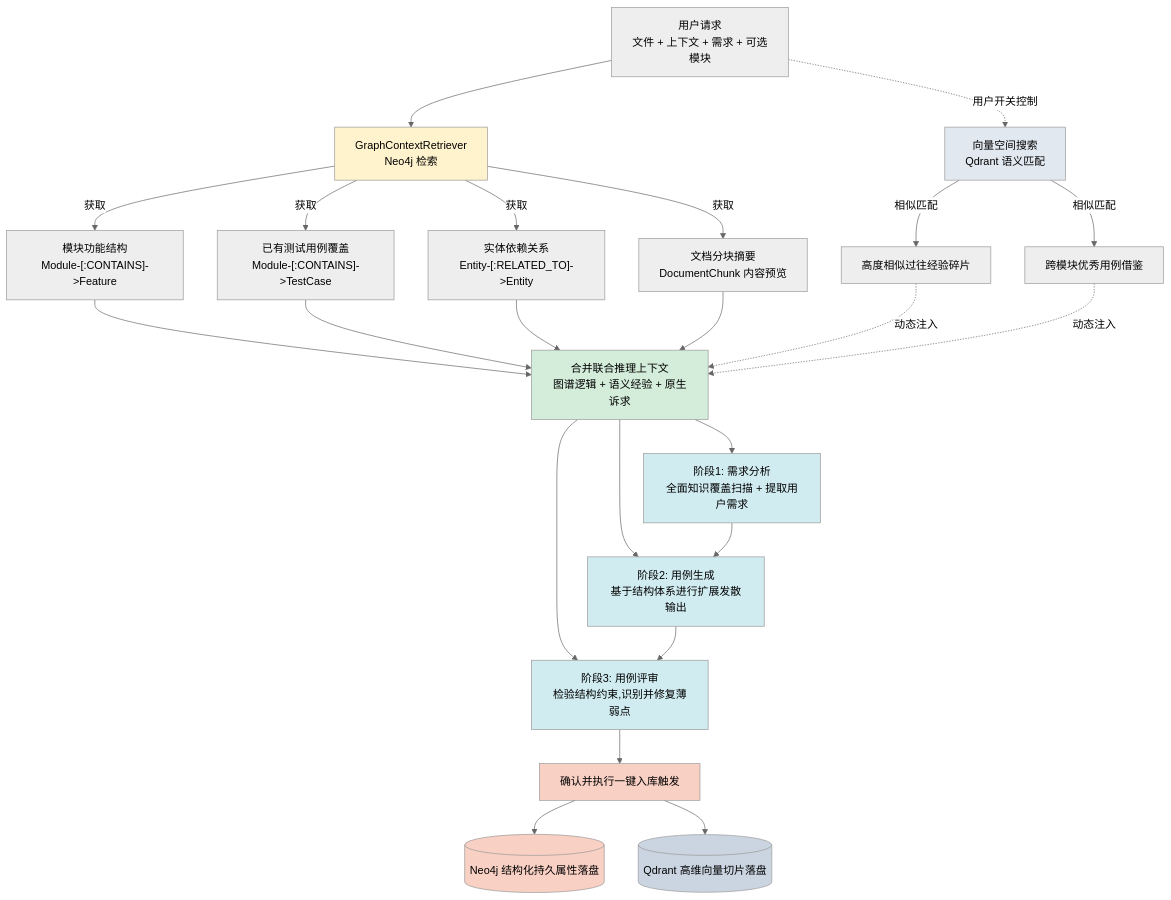
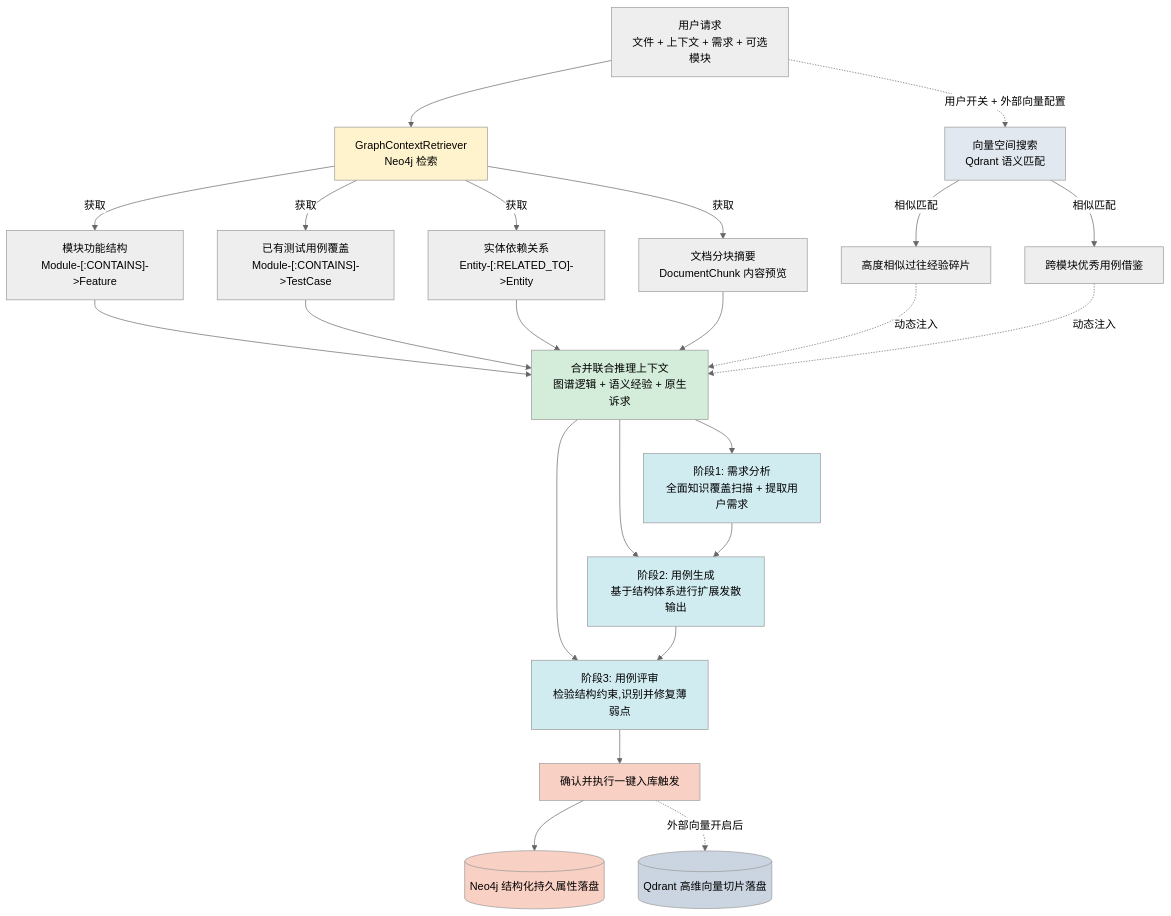
The third of 6 diagrams in MANUAL.md (sunny-xiabo/OpenMelon), drawn with Mermaid (neutral theme) before and after one commit. The commit also changed other lines of this file and 1 other file, not shown here.

````diff
--- a/MANUAL.md
+++ b/MANUAL.md
@@ -270,40 +276,40 @@
 ```mermaid
 flowchart TD
     Request["用户请求\n文件 + 上下文 + 需求 + 可选模块"] --> Retrieve
-    Request -.用户开关控制.-> QdrantRetrieve["向量空间搜索\nQdrant 语义匹配"]
+    Request -.用户开关 + 外部向量配置.-> QdrantRetrieve["向量空间搜索\nQdrant 语义匹配"]
 
     Retrieve["GraphContextRetriever\n Neo4j 检索"] -->|"获取"| Features["模块功能结构\nModule-[:CONTAINS]->Feature"]
     Retrieve -->|"获取"| ExistingTC["已有测试用例覆盖\nModule-[:CONTAINS]->TestCase"]
     Retrieve -->|"获取"| Relations["实体依赖关系\nEntity-[:RELATED_TO]->Entity"]
     Retrieve -->|"获取"| Chunks["文档分块摘要\nDocumentChunk 内容预览"]
 
     QdrantRetrieve -->|"相似匹配"| SimilarChunks["高度相似过往经验碎片"]
     QdrantRetrieve -->|"相似匹配"| SimilarTCs["跨模块优秀用例借鉴"]
 
     Features --> Merge
     ExistingTC --> Merge
     Relations --> Merge
     Chunks --> Merge
     SimilarChunks -.动态注入.-> Merge
     SimilarTCs -.动态注入.-> Merge
 
     Merge["合并联合推理上下文\n图谱逻辑 + 语义经验 + 原生诉求"] --> Stage1
     Merge --> Stage2
     Merge --> Stage3
 
     Stage1["阶段1: 需求分析\n全面知识覆盖扫描 + 提取用户需求"] --> Stage2["阶段2: 用例生成\n基于结构体系进行扩展发散输出"]
     Stage2 --> Stage3["阶段3: 用例评审\n检验结构约束,识别并修复薄弱点"]
     Stage3 --> Write["确认并执行一键入库触发"]
     Write --> WriteN[(Neo4j 结构化持久属性落盘)]
-    Write --> WriteQ[(Qdrant 高维向量切片落盘)]
+    Write -.外部向量开启后.-> WriteQ[(Qdrant 高维向量切片落盘)]
 
     style Retrieve fill:#fff3cd
     style QdrantRetrieve fill:#e2e8f0
     style Merge fill:#d4edda
     style Stage1 fill:#d1ecf1
     style Stage2 fill:#d1ecf1
     style Stage3 fill:#d1ecf1
     style Write fill:#f9d0c4
     style WriteN fill:#f9d0c4
     style WriteQ fill:#cbd5e1
 ```
````
